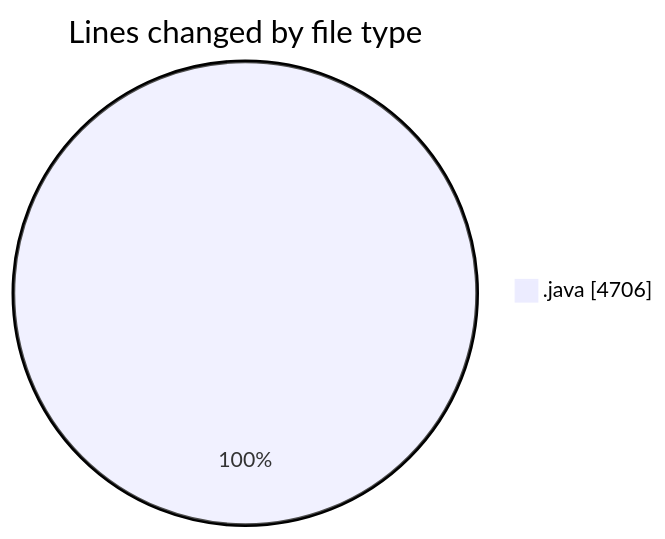
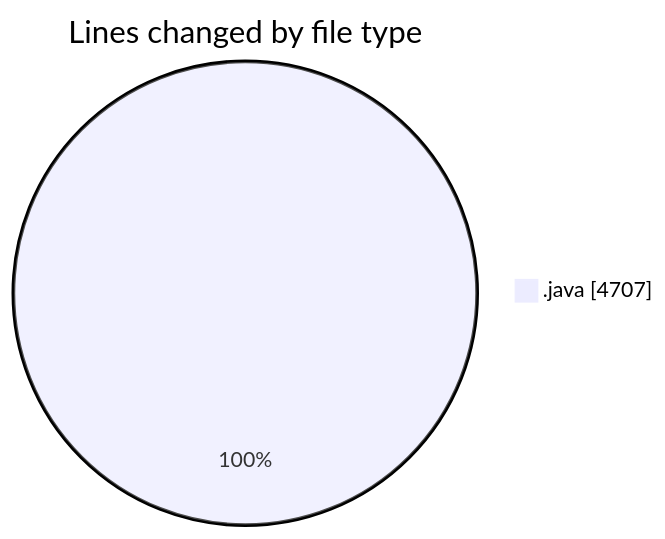
The first of 2 diagrams in 2026-04-09/cilapp/README.md (ricardozamudiocil/code-tracking), drawn with Mermaid before and after one commit. The commit also changed other lines of this file and 1 other file, not shown here.

````diff
--- a/2026-04-09/cilapp/README.md
+++ b/2026-04-09/cilapp/README.md
@@ -26,5 +26,5 @@
 ```mermaid
 pie showData
 title Lines changed by file type
-".java" : 4706
+".java" : 4707
 ```
````
